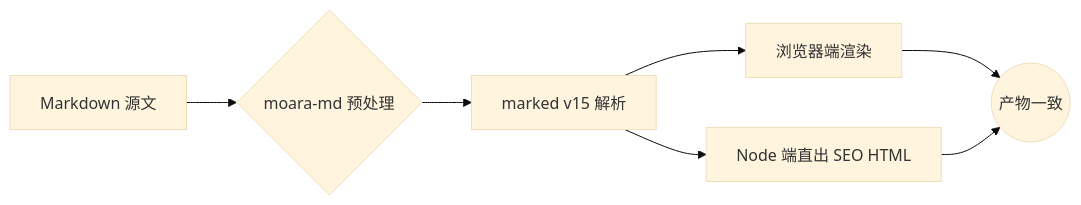
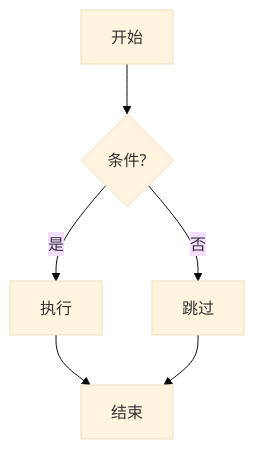
Before and after one commit to moaradc/blog-content: the third of 14 diagrams in docs/posts/test001.md, drawn with Mermaid (base theme). The commit also changed other lines of this file and 3 other files, not shown here.

````diff
--- a/docs/posts/test001.md
+++ b/docs/posts/test001.md
@@ -290,9 +479,8 @@
 ```mermaid
-flowchart LR
-    A[Markdown 源文] --> B{moara-md 预处理}
-    B --> C[marked v15 解析]
-    C --> D[浏览器端渲染]
-    C --> E[Node 端直出 SEO HTML]
-    D --> F((产物一致))
-    E --> F
+flowchart TD
+    A[开始] --> B{条件?}
+    B -- 是 --> C[执行]
+    B -- 否 --> D[跳过]
+    C --> E[结束]
+    D --> E
 ```
````
